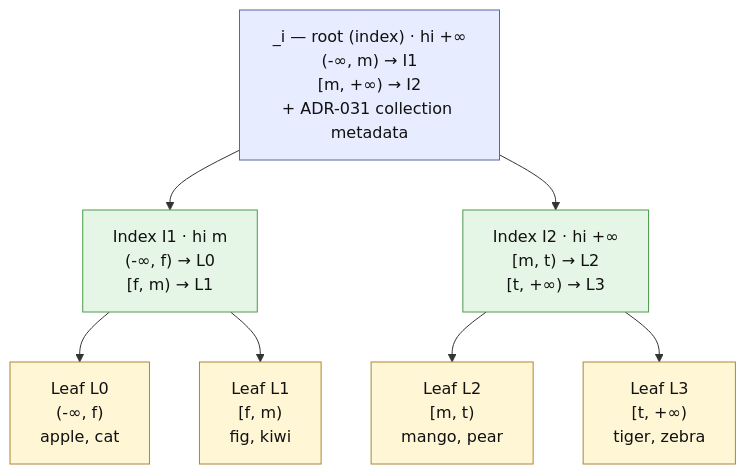
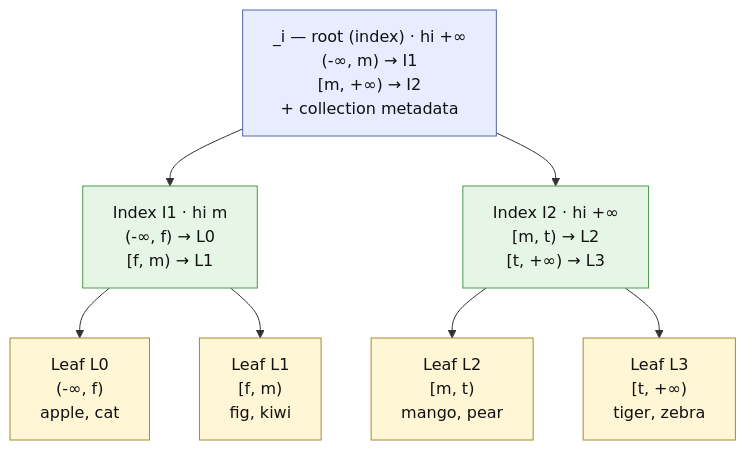
Before and after one commit to mbrt/glassdb-rs: the fourth of 5 diagrams in docs/designs/dynamic-range-sharding.md, drawn with Mermaid. The commit also changed other lines of this file and 2 other files, not shown here.

````diff
--- a/docs/designs/dynamic-range-sharding.md
+++ b/docs/designs/dynamic-range-sharding.md
@@ -167,19 +162,19 @@
 ```mermaid
 graph TD
-    Root["_i — root (index) · hi +∞<br/>(-∞, m) → I1<br/>[m, +∞) → I2<br/>+ ADR-031 collection metadata"]
+    Root["_i — root (index) · hi +∞<br/>(-∞, m) → I1<br/>[m, +∞) → I2<br/>+ collection metadata"]
 
     Root --> I1["Index I1 · hi m<br/>(-∞, f) → L0<br/>[f, m) → L1"]
     Root --> I2["Index I2 · hi +∞<br/>[m, t) → L2<br/>[t, +∞) → L3"]
 
     I1 --> L0["Leaf L0<br/>(-∞, f)<br/>apple, cat"]
     I1 --> L1["Leaf L1<br/>[f, m)<br/>fig, kiwi"]
     I2 --> L2["Leaf L2<br/>[m, t)<br/>mango, pear"]
     I2 --> L3["Leaf L3<br/>[t, +∞)<br/>tiger, zebra"]
 
     classDef root fill:#e8ecff,stroke:#5566aa,color:#111
     classDef index fill:#e6f6e6,stroke:#4c9a4c,color:#111
     classDef leaf fill:#fff6d5,stroke:#aa8833,color:#111
     class Root root
     class I1,I2 index
     class L0,L1,L2,L3 leaf
 ```
````
